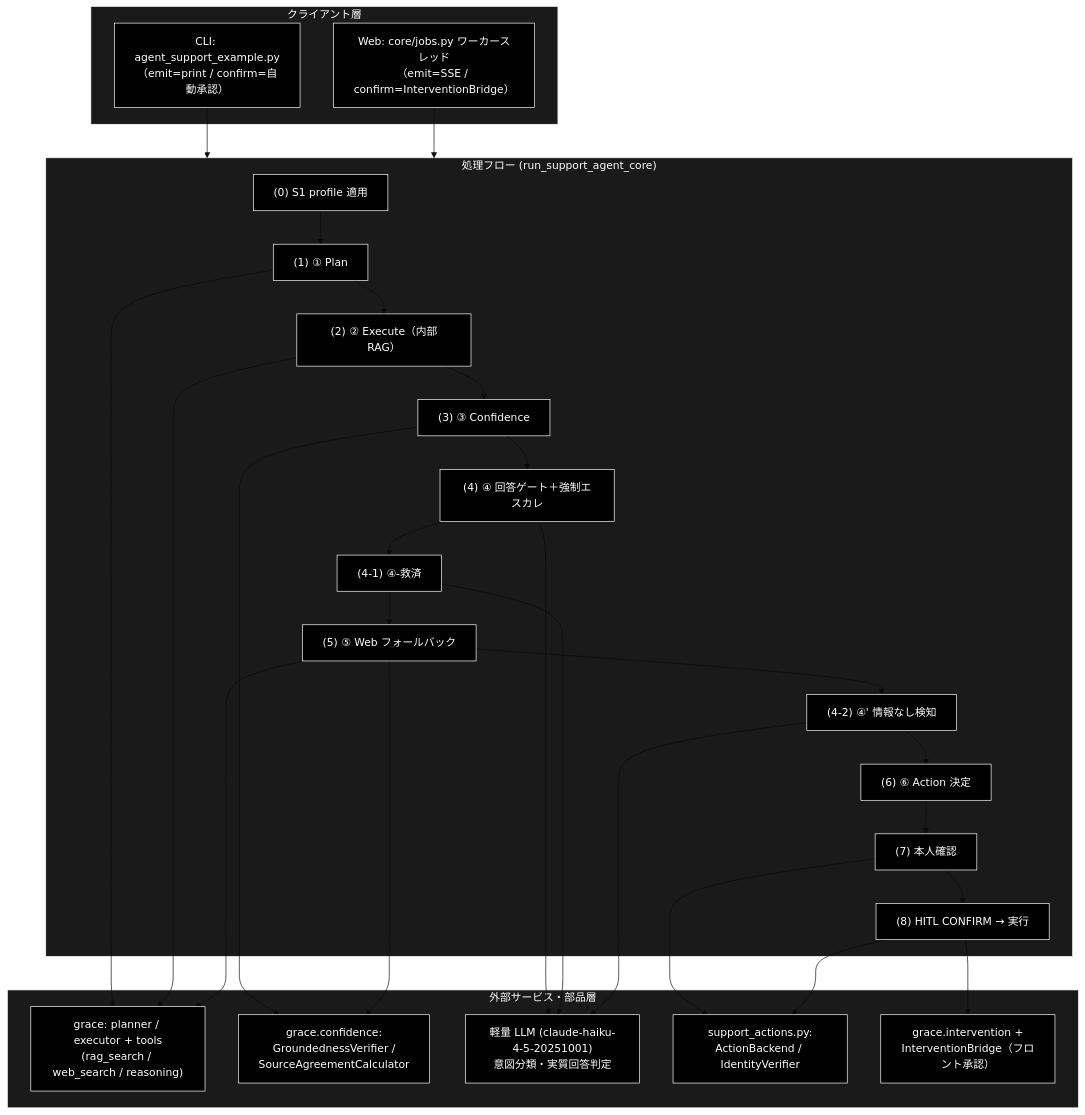
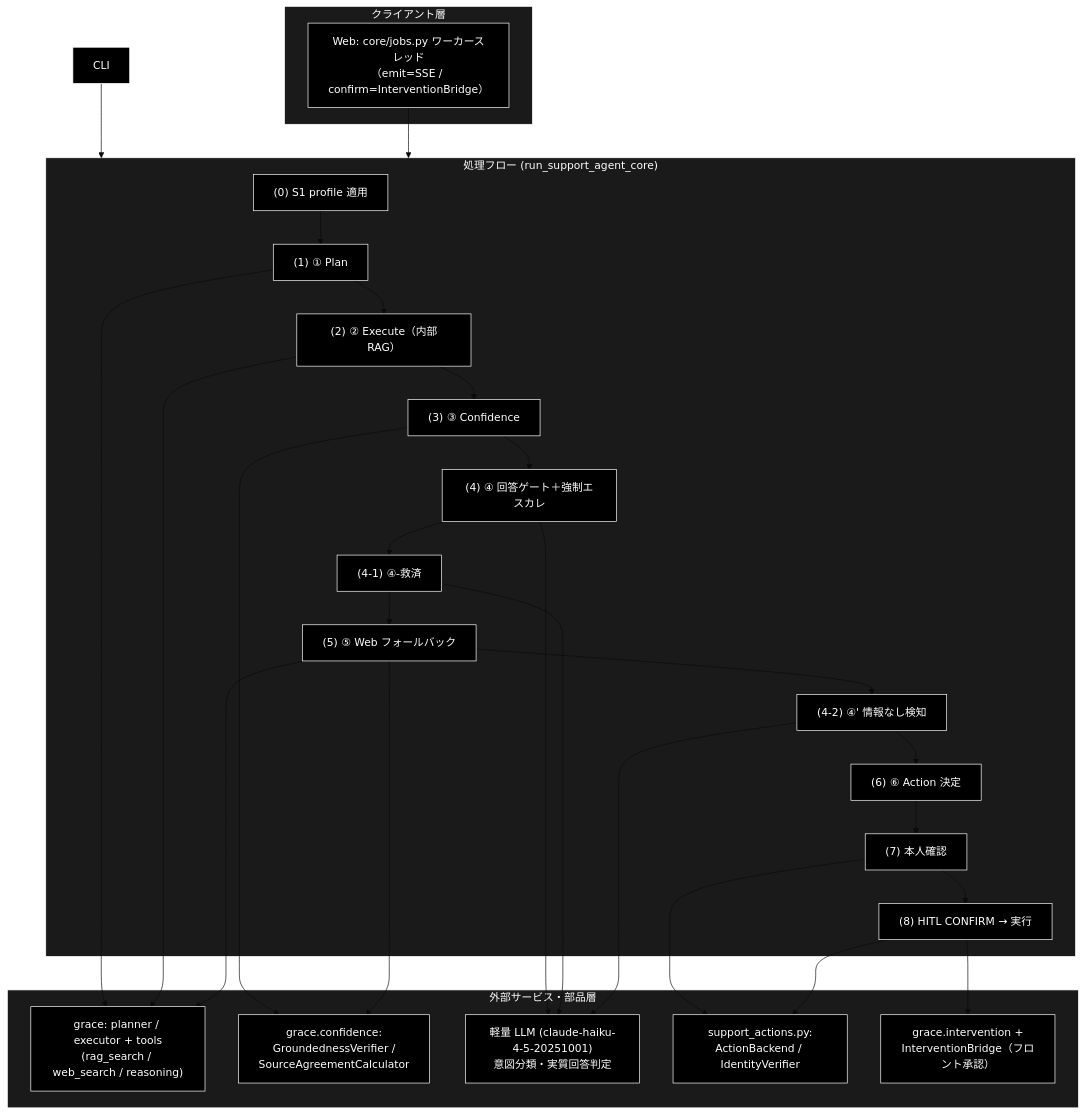
The first of 7 diagrams in backend/docs/support_flow.md (nakashima2toshio/grace_v2), drawn with Mermaid (base theme) before and after one commit. The commit also changed other lines of this file and 50 other files, not shown here.

````diff
--- a/backend/docs/support_flow.md
+++ b/backend/docs/support_flow.md
@@ -128,50 +129,49 @@
 ```mermaid
 flowchart TB
     subgraph CLIENT["クライアント層"]
-        CLI["CLI: agent_support_example.py<br>（emit=print / confirm=自動承認）"]
         WEB["Web: core/jobs.py ワーカースレッド<br>（emit=SSE / confirm=InterventionBridge）"]
     end
 
     subgraph FLOW["処理フロー (run_support_agent_core)"]
         S0["(0) S1 profile 適用"]
         S1["(1) ① Plan"]
         S2["(2) ② Execute（内部RAG）"]
         S3["(3) ③ Confidence"]
         S4["(4) ④ 回答ゲート＋強制エスカレ"]
         S41["(4-1) ④-救済"]
         S5["(5) ⑤ Web フォールバック"]
         S42["(4-2) ④' 情報なし検知"]
         S6["(6) ⑥ Action 決定"]
         S7["(7) 本人確認"]
         S8["(8) HITL CONFIRM → 実行"]
     end
 
     subgraph EXTERNAL["外部サービス・部品層"]
         GRACE["grace: planner / executor + tools<br>(rag_search / web_search / reasoning)"]
         CONF["grace.confidence:<br>GroundednessVerifier /<br>SourceAgreementCalculator"]
         HAIKU["軽量 LLM (claude-haiku-4-5-20251001)<br>意図分類・実質回答判定"]
         ACT["support_actions.py:<br>ActionBackend / IdentityVerifier"]
         HITL["grace.intervention +<br>InterventionBridge（フロント承認）"]
     end
 
     CLI --> FLOW
     WEB --> FLOW
     S0 --> S1 --> S2 --> S3 --> S4 --> S41 --> S5 --> S42 --> S6 --> S7 --> S8
     S1 --> GRACE
     S2 --> GRACE
     S3 --> CONF
     S4 --> HAIKU
     S41 --> HAIKU
     S42 --> HAIKU
     S5 --> GRACE
     S5 --> CONF
     S7 --> ACT
     S8 --> HITL
     S8 --> ACT
 classDef default fill:#000,stroke:#fff,color:#fff
 classDef subgraphStyle fill:#1a1a1a,stroke:#fff,color:#fff
 class CLI,WEB,S0,S1,S2,S3,S4,S41,S5,S42,S6,S7,S8,GRACE,CONF,HAIKU,ACT,HITL default
 style CLIENT fill:#1a1a1a,stroke:#fff,color:#fff
 style FLOW fill:#1a1a1a,stroke:#fff,color:#fff
 style EXTERNAL fill:#1a1a1a,stroke:#fff,color:#fff
 ```
````
